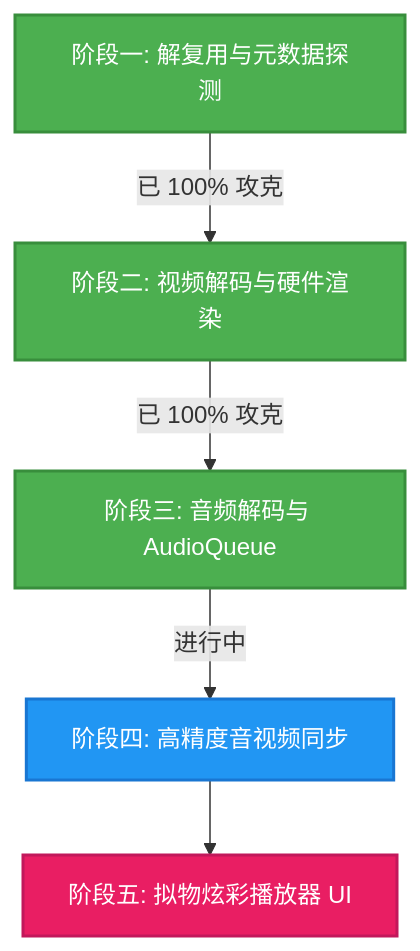
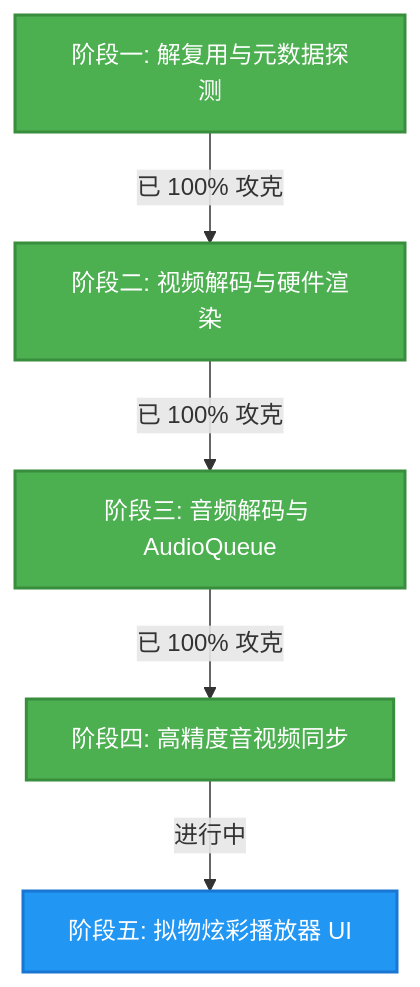
The diagram in JJPlayer_Study_Plan.md (dogegg-cc/JJPlayer), drawn with Mermaid before and after one commit. The commit also changed other lines of this file and 9 other files, not shown here.

````diff
--- a/JJPlayer_Study_Plan.md
+++ b/JJPlayer_Study_Plan.md
@@ -21,12 +21,12 @@
 ```mermaid
 graph TD
     A[阶段一: 解复用与元数据探测] -->|已 100% 攻克| B[阶段二: 视频解码与硬件渲染]
     B -->|已 100% 攻克| C[阶段三: 音频解码与 AudioQueue]
-    C -->|进行中| D[阶段四: 高精度音视频同步]
-    D --> E[阶段五: 拟物炫彩播放器 UI]
+    C -->|已 100% 攻克| D[阶段四: 高精度音视频同步]
+    D -->|进行中| E[阶段五: 拟物炫彩播放器 UI]
     style A fill:#4CAF50,stroke:#388E3C,stroke-width:2px,color:#fff
     style B fill:#4CAF50,stroke:#388E3C,stroke-width:2px,color:#fff
     style C fill:#4CAF50,stroke:#388E3C,stroke-width:2px,color:#fff
-    style D fill:#2196F3,stroke:#1976D2,stroke-width:2px,color:#fff
-    style E fill:#E91E63,stroke:#C2185B,stroke-width:2px,color:#fff
+    style D fill:#4CAF50,stroke:#388E3C,stroke-width:2px,color:#fff
+    style E fill:#2196F3,stroke:#1976D2,stroke-width:2px,color:#fff
 ```
````
